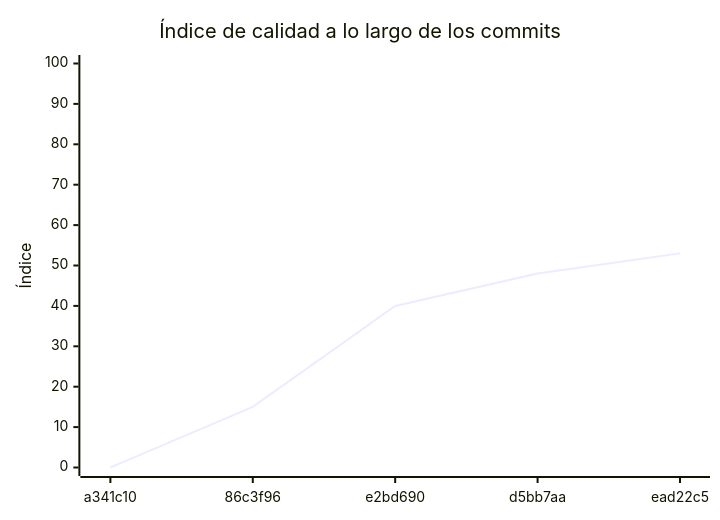
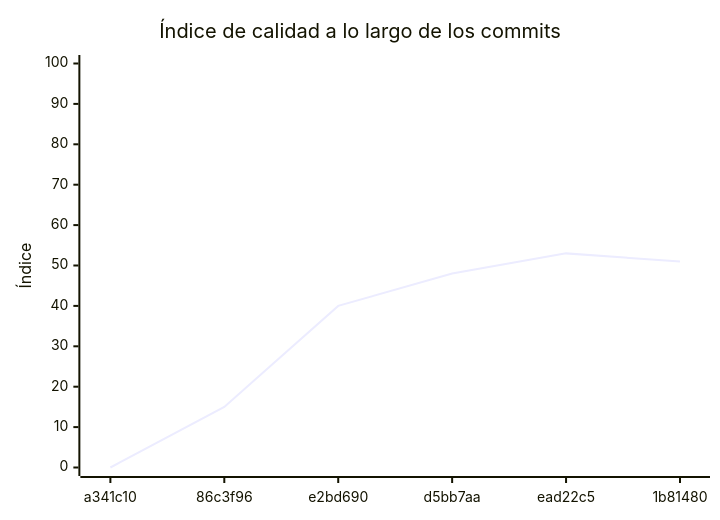
One commit to prog-2-SQR/Backend-Catalogo changed the diagram in docs/EVALUACION.md. Above: the diagram before and after it, drawn with Mermaid. The commit also changed other lines of this file and 1 other file, not shown here.

````diff
--- a/docs/EVALUACION.md
+++ b/docs/EVALUACION.md
@@ -119,7 +128,7 @@
 ```mermaid
 xychart-beta
     title "Índice de calidad a lo largo de los commits"
-    x-axis ["a341c10", "86c3f96", "e2bd690", "d5bb7aa", "ead22c5"]
+    x-axis ["a341c10", "86c3f96", "e2bd690", "d5bb7aa", "ead22c5", "1b81480"]
     y-axis "Índice" 0 --> 100
-    line [0, 15, 40, 48, 53]
+    line [0, 15, 40, 48, 53, 51]
 ```
````
